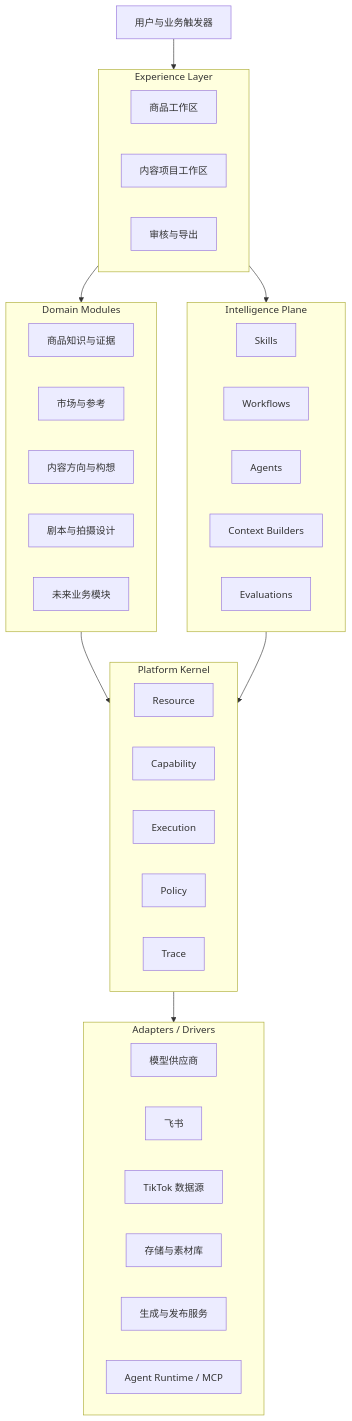
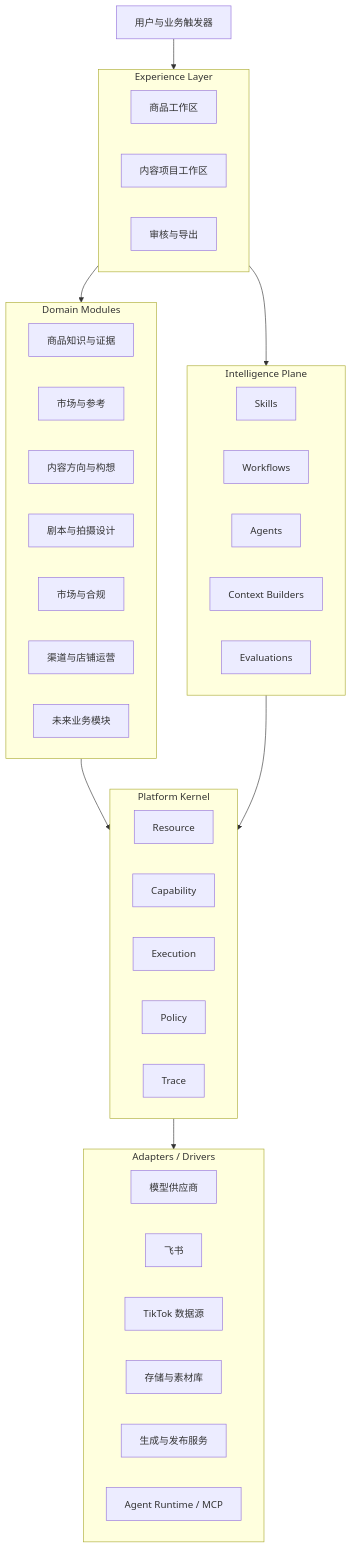
One commit to SONG-36/TK_Video_Intelligence_Workbench changed the fifth of 6 diagrams in 00_MASTER_DESIGN.md. Above: the diagram before and after it, drawn with Mermaid. The commit also changed other lines of this file and 9 other files, not shown here.

````diff
--- a/00_MASTER_DESIGN.md
+++ b/00_MASTER_DESIGN.md
@@ -102,50 +185,52 @@
 ```mermaid
 flowchart TB
     U[用户与业务触发器]
 
     subgraph UX[Experience Layer]
         UI1[商品工作区]
         UI2[内容项目工作区]
         UI3[审核与导出]
     end
 
     subgraph DOMAIN[Domain Modules]
         D1[商品知识与证据]
         D2[市场与参考]
         D3[内容方向与构想]
         D4[剧本与拍摄设计]
-        D5[未来业务模块]
+        D5[市场与合规]
+        D6[渠道与店铺运营]
+        D7[未来业务模块]
     end
 
     subgraph INTEL[Intelligence Plane]
         I1[Skills]
         I2[Workflows]
         I3[Agents]
         I4[Context Builders]
         I5[Evaluations]
     end
 
     subgraph KERNEL[Platform Kernel]
         K1[Resource]
         K2[Capability]
         K3[Execution]
         K4[Policy]
         K5[Trace]
     end
 
     subgraph ADAPTERS[Adapters / Drivers]
         A1[模型供应商]
         A2[飞书]
         A3[TikTok 数据源]
         A4[存储与素材库]
         A5[生成与发布服务]
         A6[Agent Runtime / MCP]
     end
 
     U --> UX
     UX --> DOMAIN
     UX --> INTEL
     DOMAIN --> KERNEL
     INTEL --> KERNEL
     KERNEL --> ADAPTERS
 ```
````
